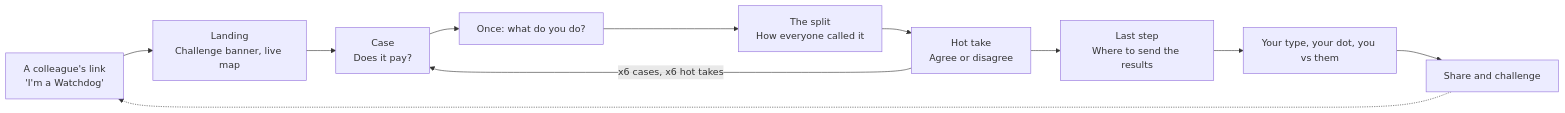
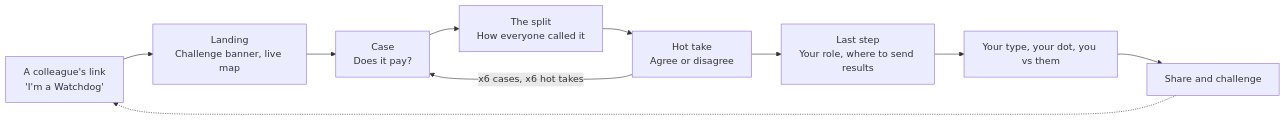
One commit to tanaybaswa/vizco_website-tanay changed the first of 2 diagrams in docs/ai-cover-compass.md. Above: the diagram before and after it, drawn with Mermaid. The commit also changed other lines of this file and 55 other files, not shown here.

````diff
--- a/docs/ai-cover-compass.md
+++ b/docs/ai-cover-compass.md
@@ -67,13 +71,12 @@
 ```mermaid
 flowchart LR
   A["A colleague's link<br/>'I'm a Watchdog'"] --> B["Landing<br/>Challenge banner, live map"]
   B --> C["Case<br/>Does it pay?"]
-  C --> D["Once: what do you do?"]
-  D --> E["The split<br/>How everyone called it"]
+  C --> E["The split<br/>How everyone called it"]
   E --> F["Hot take<br/>Agree or disagree"]
   F -- "x6 cases, x6 hot takes" --> C
-  F --> G["Last step<br/>Where to send the results"]
+  F --> G["Last step<br/>Your role, where to send results"]
   G --> H["Your type, your dot, you vs them"]
   H --> I["Share and challenge"]
   I -.-> A
 ```
````
